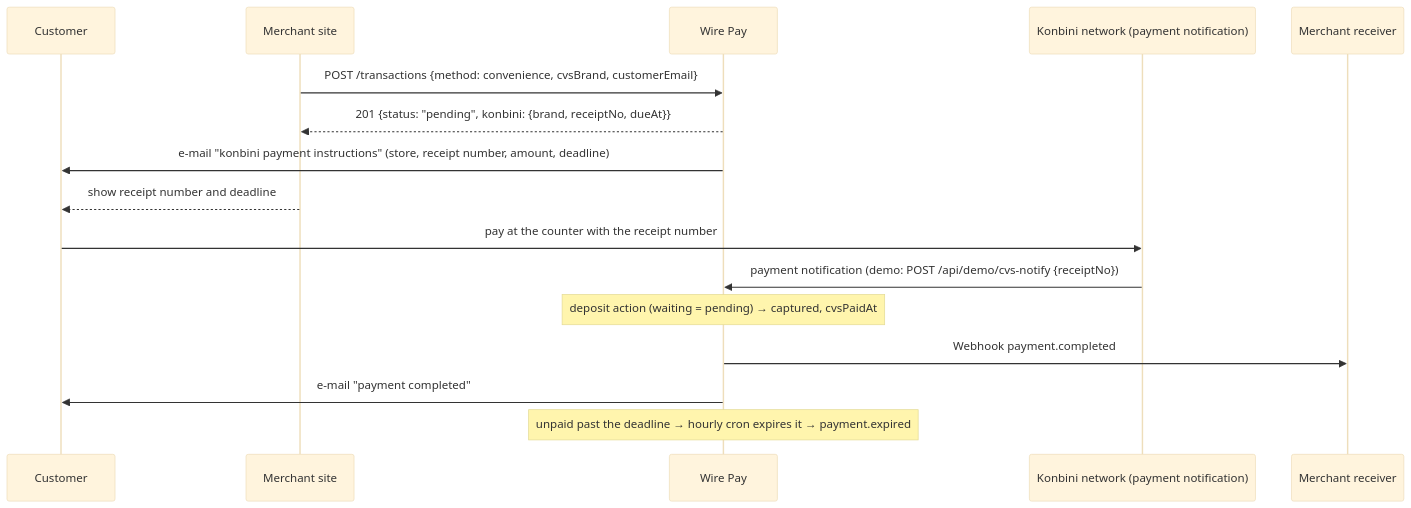
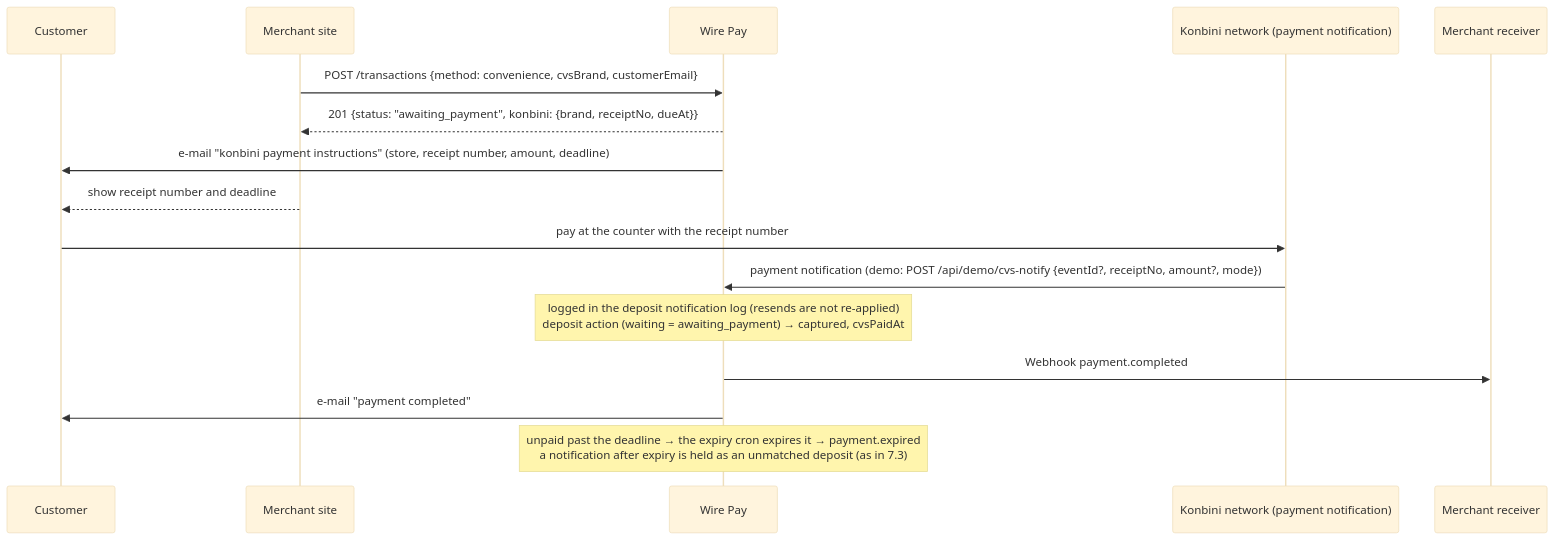
Before and after one commit to Atsushi-Odajima/Payment-management: the sixth of 11 diagrams in docs/spec/en/A-merchant-integration-spec.md, drawn with Mermaid (base theme). The commit also changed other lines of this file and 26 other files, not shown here.

````diff
--- a/docs/spec/en/A-merchant-integration-spec.md
+++ b/docs/spec/en/A-merchant-integration-spec.md
@@ -1165,19 +1201,19 @@
 ```mermaid
 sequenceDiagram
   participant C as Customer
   participant S as Merchant site
   participant W as Wire Pay
   participant K as Konbini network (payment notification)
   participant R as Merchant receiver
 
   S->>W: POST /transactions {method: convenience, cvsBrand, customerEmail}
-  W-->>S: 201 {status: "pending", konbini: {brand, receiptNo, dueAt}}
+  W-->>S: 201 {status: "awaiting_payment", konbini: {brand, receiptNo, dueAt}}
   W->>C: e-mail "konbini payment instructions" (store, receipt number, amount, deadline)
   S-->>C: show receipt number and deadline
   C->>K: pay at the counter with the receipt number
-  K->>W: payment notification (demo: POST /api/demo/cvs-notify {receiptNo})
-  Note over W: deposit action (waiting = pending) → captured, cvsPaidAt
+  K->>W: payment notification (demo: POST /api/demo/cvs-notify {eventId?, receiptNo, amount?, mode})
+  Note over W: logged in the deposit notification log (resends are not re-applied)<br/>deposit action (waiting = awaiting_payment) → captured, cvsPaidAt
   W->>R: Webhook payment.completed
   W->>C: e-mail "payment completed"
-  Note over W: unpaid past the deadline → hourly cron expires it → payment.expired
+  Note over W: unpaid past the deadline → the expiry cron expires it → payment.expired<br/>a notification after expiry is held as an unmatched deposit (as in 7.3)
 ```
````
